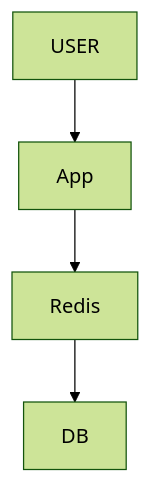
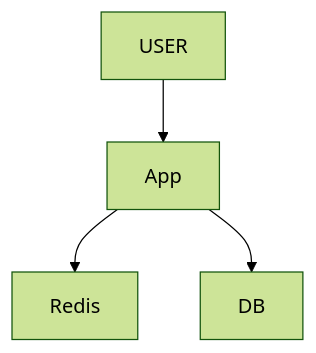
One commit to ArpanMaheshwari144/Prep changed the second of 11 diagrams in 04_HLD/SYSTEM_DESIGNS/01_url_shortener/01_url_shortener.md. Above: the diagram before and after it, drawn with Mermaid (forest theme). The commit also changed other lines of this file and 7 other files, not shown here.

Commit message:
HLD design files: tathya theek (Cassandra copies, bit.ly 301, presigned size limit, ES union, docs version key, BMS dikkat 6, chat cursor misaal) + URL / rate limiter diagram (App -> DB, Route 53 -> LB / WAF -> ALB)

````diff
--- a/04_HLD/SYSTEM_DESIGNS/01_url_shortener/01_url_shortener.md
+++ b/04_HLD/SYSTEM_DESIGNS/01_url_shortener/01_url_shortener.md
@@ -108,10 +108,10 @@
 ```mermaid
 flowchart TD
     n_USER["USER"]
     n_App["App"]
     n_Redis["Redis"]
     n_DB["DB"]
     n_USER --> n_App
     n_App --> n_Redis
-    n_Redis --> n_DB
+    n_App --> n_DB
 ```
````
